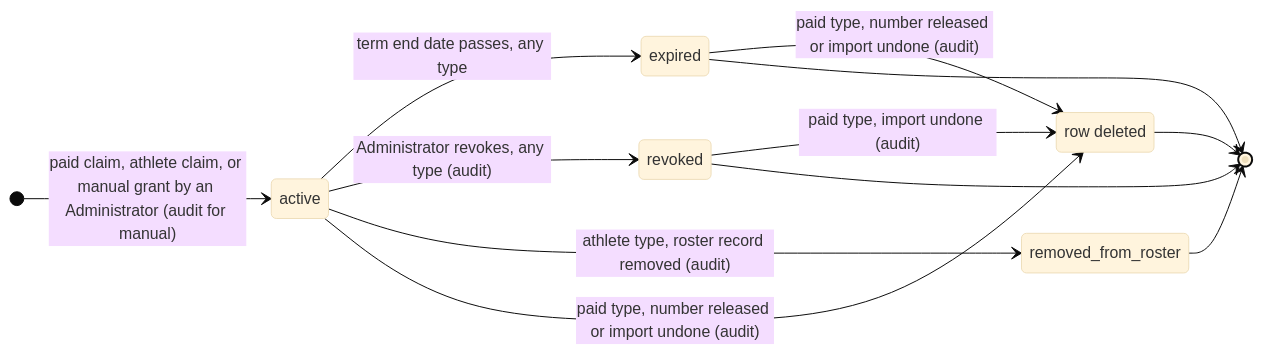
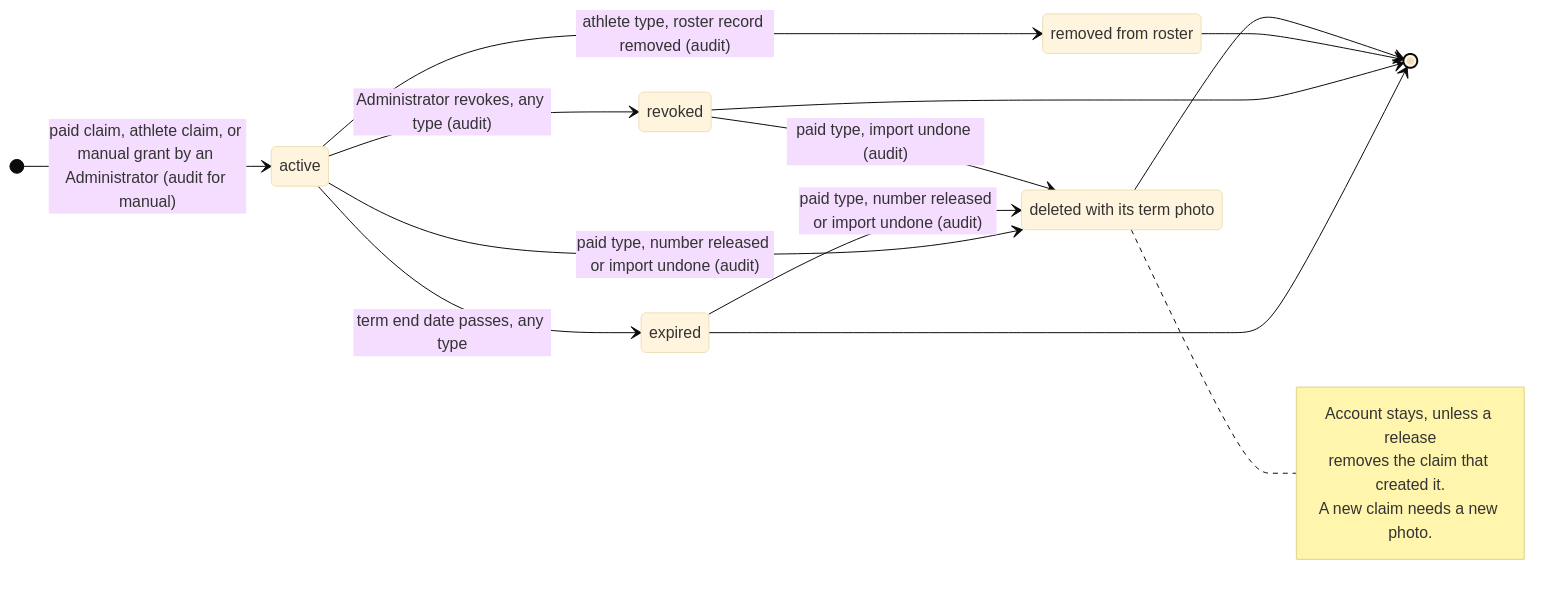
One commit to Th3-Minorities/natatorio-gym-app changed the ninth of 9 diagrams in docs/design/registration-flows.md. Above: the diagram before and after it, drawn with Mermaid (base theme). The commit also changed other lines of this file, not shown here.

Commit message:
Use an email link for "I am an athlete" and delete photos on undo

````diff
--- a/docs/design/registration-flows.md
+++ b/docs/design/registration-flows.md
@@ -241,16 +265,22 @@
 ```mermaid
 stateDiagram-v2
   direction LR
-  state "row deleted" as deleted
+  state "removed from roster" as removed
+  state "deleted with its term photo" as deleted
   [*] --> active : paid claim, athlete claim, or manual grant by an Administrator (audit for manual)
   active --> expired : term end date passes, any type
   active --> revoked : Administrator revokes, any type (audit)
-  active --> removed_from_roster : athlete type, roster record removed (audit)
+  active --> removed : athlete type, roster record removed (audit)
   active --> deleted : paid type, number released or import undone (audit)
   expired --> deleted : paid type, number released or import undone (audit)
   revoked --> deleted : paid type, import undone (audit)
   expired --> [*]
   revoked --> [*]
-  removed_from_roster --> [*]
+  removed --> [*]
   deleted --> [*]
+  note right of deleted
+    Account stays, unless a release
+    removes the claim that created it.
+    A new claim needs a new photo.
+  end note
 ```
````
